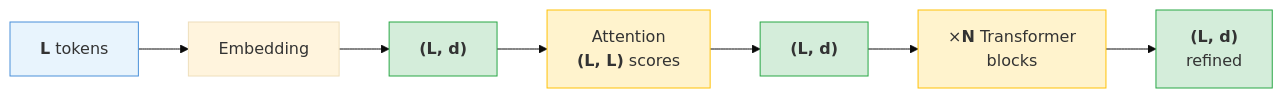
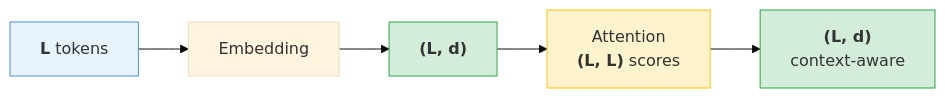
The diagram in assets/img/teaching/protein-ai/mermaid/s26-04-transformers-gnns_diagram_4.mmd (sungsoo-ahn/sungsoo-ahn.github.io), drawn with Mermaid (base theme) before and after one commit. The commit also changed 10 other files, not shown here.

```diff
--- a/assets/img/teaching/protein-ai/mermaid/s26-04-transformers-gnns_diagram_4.mmd
+++ b/assets/img/teaching/protein-ai/mermaid/s26-04-transformers-gnns_diagram_4.mmd
@@ -1,14 +1,10 @@
 flowchart LR
     A["<b>L</b> tokens"] --> B["Embedding"]
     B --> C["<b>(L, d)</b>"]
     C --> D["Attention<br/><b>(L, L)</b> scores"]
-    D --> E["<b>(L, d)</b>"]
-    E --> F["×<b>N</b> Transformer<br/>blocks"]
-    F --> G["<b>(L, d)</b><br/>refined"]
+    D --> E["<b>(L, d)</b><br/>context-aware"]
 
     style A fill:#e8f4fd,stroke:#4a90d9
     style C fill:#d4edda,stroke:#28a745
     style E fill:#d4edda,stroke:#28a745
-    style G fill:#d4edda,stroke:#28a745
     style D fill:#fff3cd,stroke:#ffc107
-    style F fill:#fff3cd,stroke:#ffc107
```
